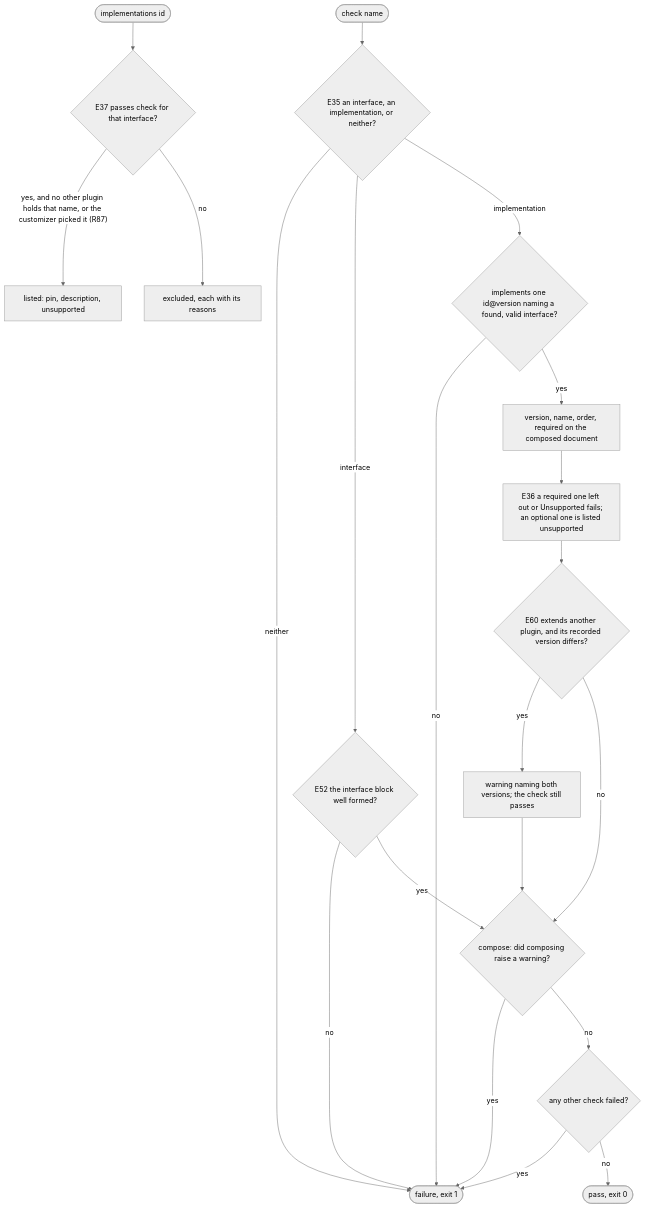
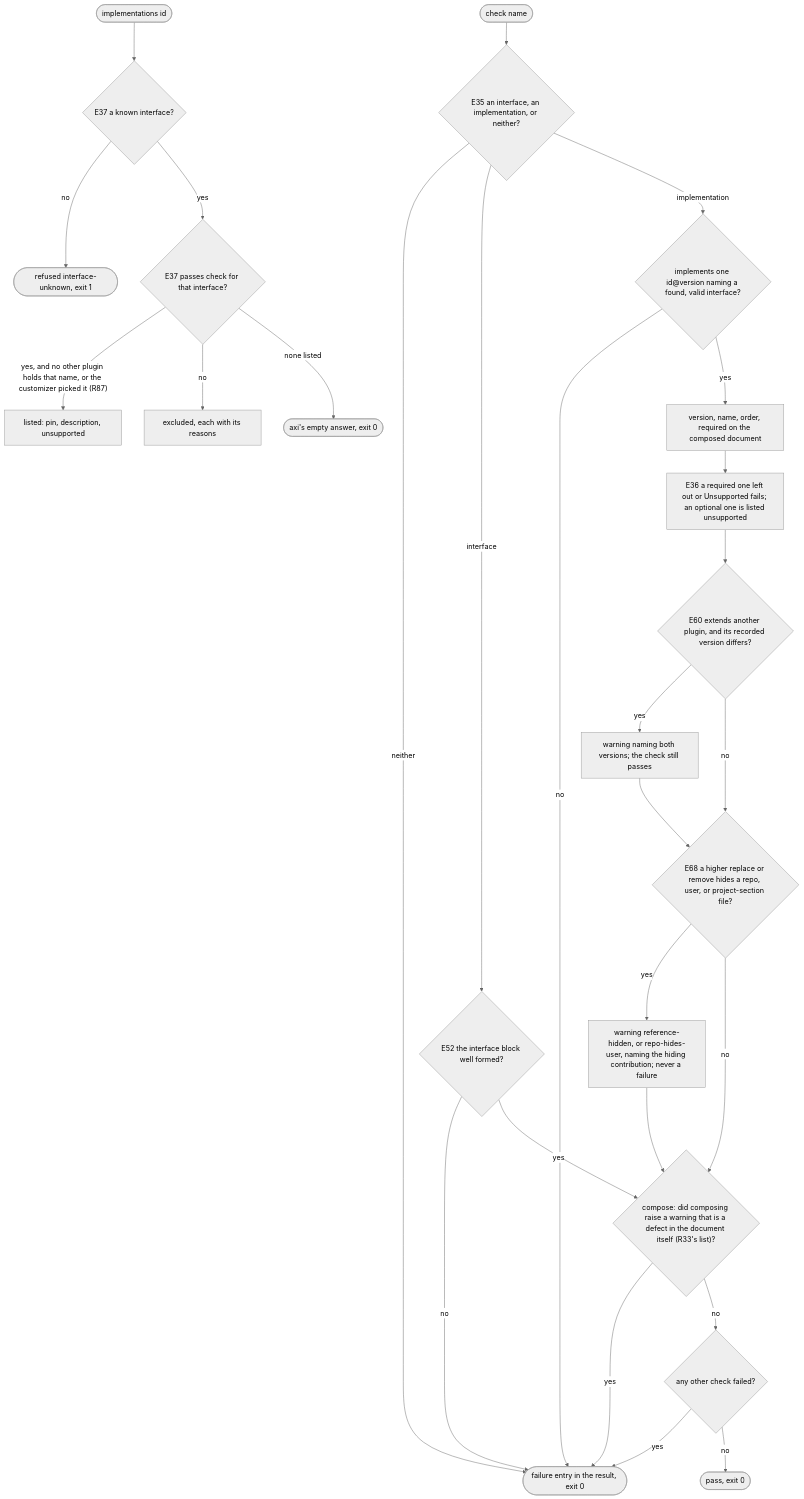
Before and after one commit to cyber-uni/cyber-agentkit: the diagram in packages/cyber-agentkit/.agents/spec/reference/interfaces/graph.md, drawn with Mermaid (neutral theme). The commit also changed other lines of this file and 8 other files, not shown here.

````diff
--- a/packages/cyber-agentkit/.agents/spec/reference/interfaces/graph.md
+++ b/packages/cyber-agentkit/.agents/spec/reference/interfaces/graph.md
@@ -8,24 +8,31 @@
 ```mermaid
 flowchart TD
   k([check name]) --> kind{"E35 an interface, an implementation, or neither?"}
-  kind -->|neither| kf([failure, exit 1])
+  kind -->|neither| kf([failure entry in the result, exit 0])
   kind -->|interface| shape{"E52 the interface block well formed?"}
   shape -->|no| kf
   shape -->|yes| comp
   kind -->|implementation| found{"implements one id@version naming a found, valid interface?"}
   found -->|no| kf
   found -->|yes| checks["version, name, order, required on the composed document"]
   checks --> sections["E36 a required one left out or Unsupported fails; an optional one is listed unsupported"]
   sections --> base{"E60 extends another plugin, and its recorded version differs?"}
   base -->|yes| bw["warning naming both versions; the check still passes"]
-  base -->|no| comp
-  bw --> comp
-  comp{"compose: did composing raise a warning?"}
+  base -->|no| hid
+  bw --> hid
+  hid{"E68 a higher replace or remove hides a repo, user, or project-section file?"}
+  hid -->|yes| hw["warning reference-hidden, or repo-hides-user, naming the hiding contribution; never a failure"]
+  hid -->|no| comp
+  hw --> comp
+  comp{"compose: did composing raise a warning that is a defect in the document itself (R33's list)?"}
   comp -->|yes| kf
   comp -->|no| ok{any other check failed?}
   ok -->|yes| kf
   ok -->|no| kp([pass, exit 0])
-  i([implementations id]) --> pass{"E37 passes check for that interface?"}
+  i([implementations id]) --> known{"E37 a known interface?"}
+  known -->|no| iu(["refused interface-unknown, exit 1"])
+  known -->|yes| pass{"E37 passes check for that interface?"}
   pass -->|"yes, and no other plugin holds that name, or the customizer picked it (R87)"| listed["listed: pin, description, unsupported"]
   pass -->|no| excl[excluded, each with its reasons]
+  pass -->|"none listed"| none(["axi's empty answer, exit 0"])
 ```
````
